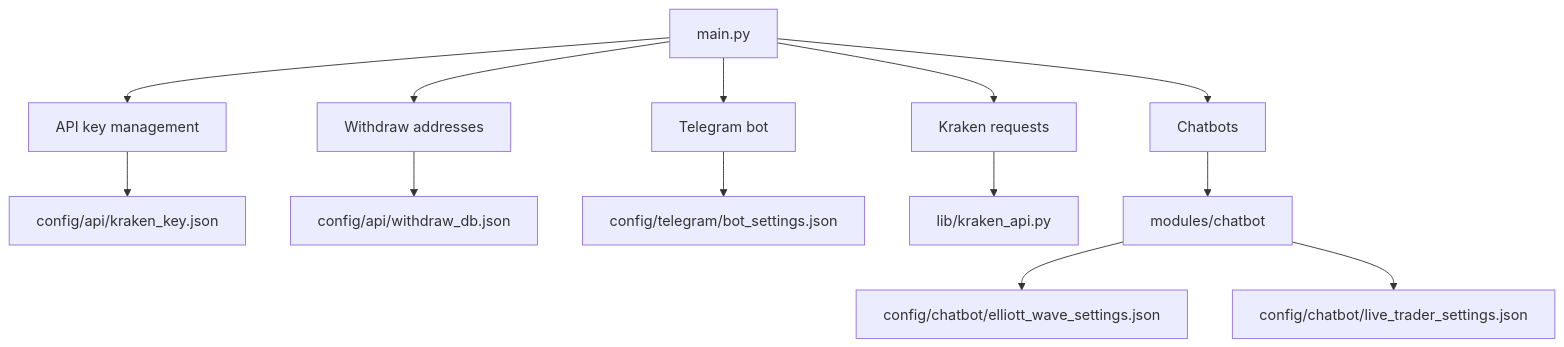
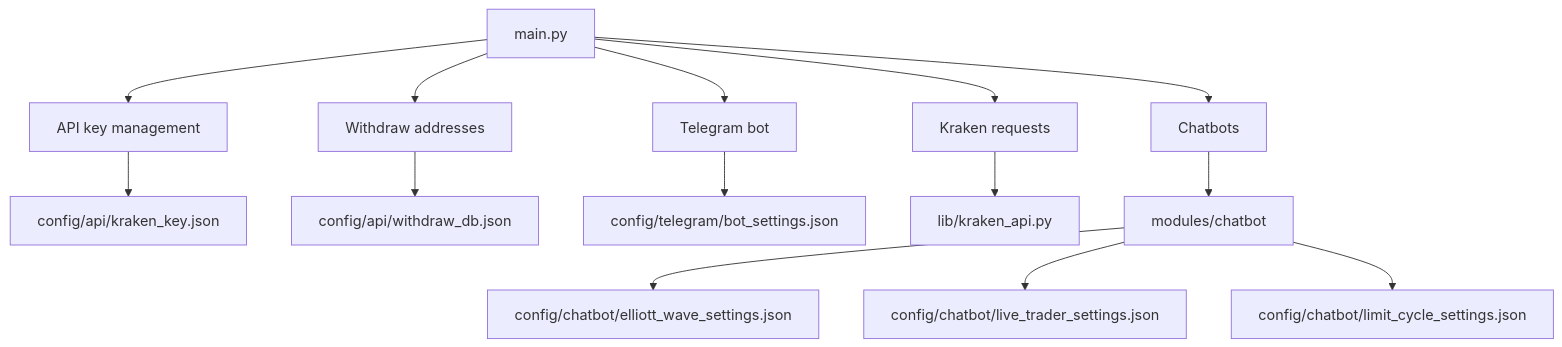
One commit to Freddyslim/krakenbot changed the diagram in docs/overview.md. Above: the diagram before and after it, drawn with Mermaid. The commit also changed other lines of this file and 6 other files, not shown here.

Commit message:
Add LimitCycleBot with logging

````diff
--- a/docs/overview.md
+++ b/docs/overview.md
@@ -3,15 +3,16 @@
 ```mermaid
 flowchart TD
     A[main.py] --> B[API key management]
     A --> C[Withdraw addresses]
     A --> D[Kraken requests]
     A --> E[Telegram bot]
     A --> J[Chatbots]
     B --> F[config/api/kraken_key.json]
     C --> G[config/api/withdraw_db.json]
     E --> H[config/telegram/bot_settings.json]
     D --> I[lib/kraken_api.py]
     J --> K[modules/chatbot]
     K --> L[config/chatbot/elliott_wave_settings.json]
     K --> M[config/chatbot/live_trader_settings.json]
+    K --> N[config/chatbot/limit_cycle_settings.json]
 ```
````
